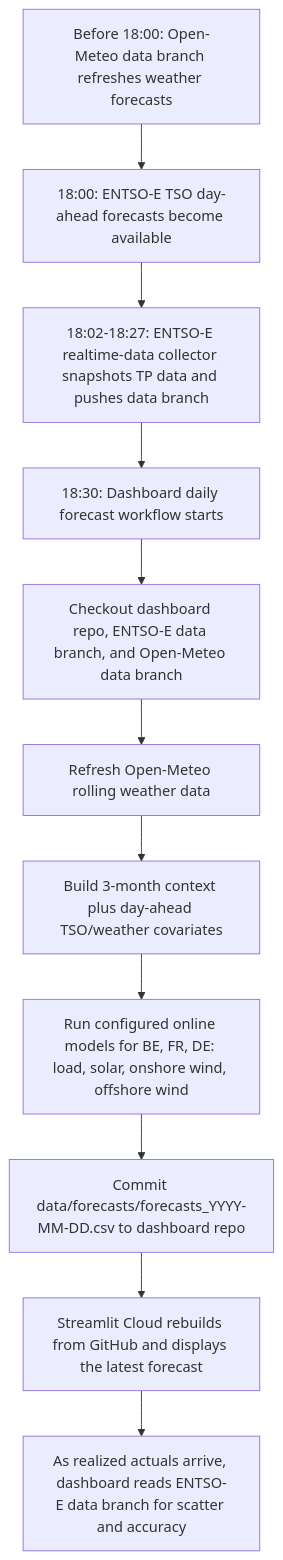
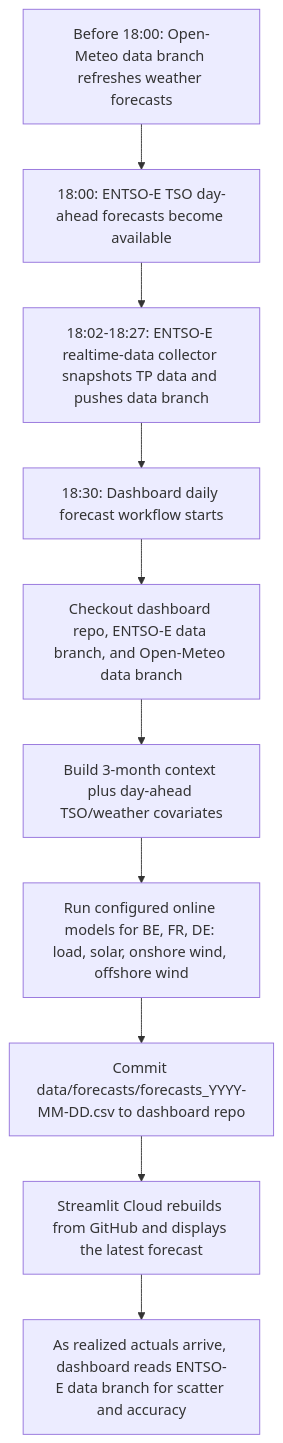
Before and after one commit to XiaoyuJIN97/tp-plus-plus-real-time-forecasting-dashboard: the diagram in README.md, drawn with Mermaid. The commit also changed other lines of this file and 1 other file, not shown here.

Commit message:
Use public data repos in daily forecast workflow

````diff
--- a/README.md
+++ b/README.md
@@ -100,13 +100,12 @@
 ```mermaid
 flowchart TD
   A["Before 18:00: Open-Meteo data branch refreshes weather forecasts"] --> B["18:00: ENTSO-E TSO day-ahead forecasts become available"]
   B --> C["18:02-18:27: ENTSO-E realtime-data collector snapshots TP data and pushes data branch"]
   C --> D["18:30: Dashboard daily forecast workflow starts"]
   D --> E["Checkout dashboard repo, ENTSO-E data branch, and Open-Meteo data branch"]
-  E --> F["Refresh Open-Meteo rolling weather data"]
-  F --> G["Build 3-month context plus day-ahead TSO/weather covariates"]
+  E --> G["Build 3-month context plus day-ahead TSO/weather covariates"]
   G --> H["Run configured online models for BE, FR, DE: load, solar, onshore wind, offshore wind"]
   H --> I["Commit data/forecasts/forecasts_YYYY-MM-DD.csv to dashboard repo"]
   I --> J["Streamlit Cloud rebuilds from GitHub and displays the latest forecast"]
   J --> K["As realized actuals arrive, dashboard reads ENTSO-E data branch for scatter and accuracy"]
 ```
````
